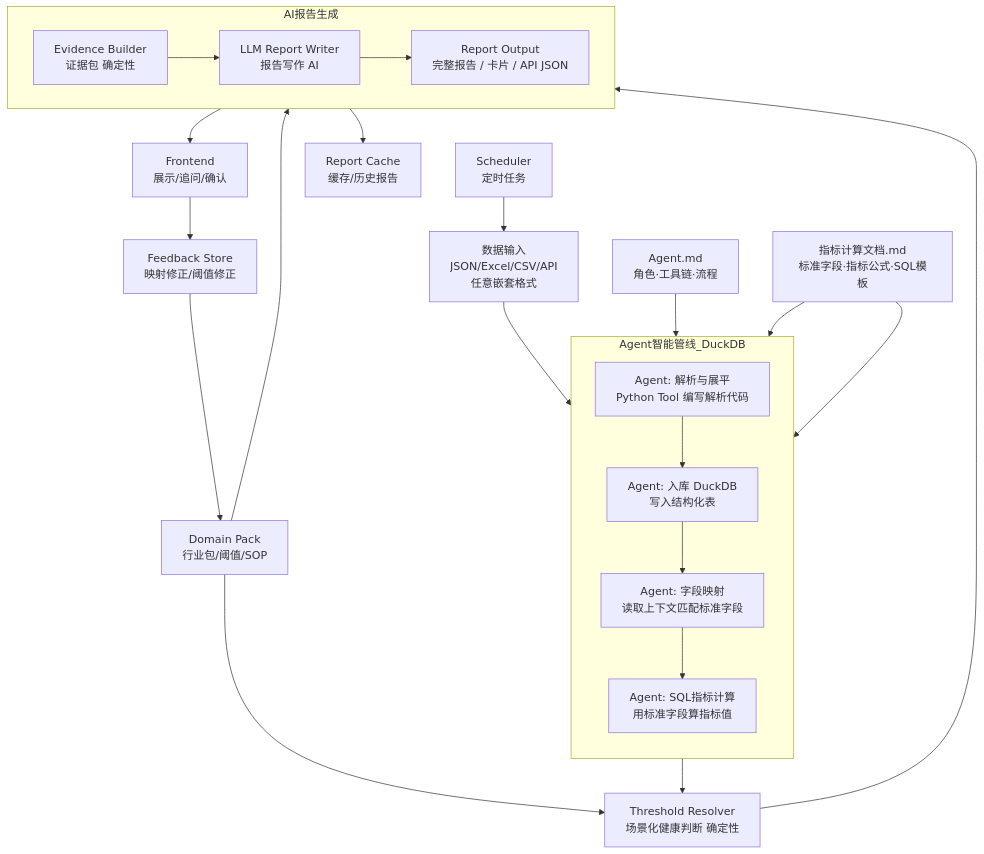
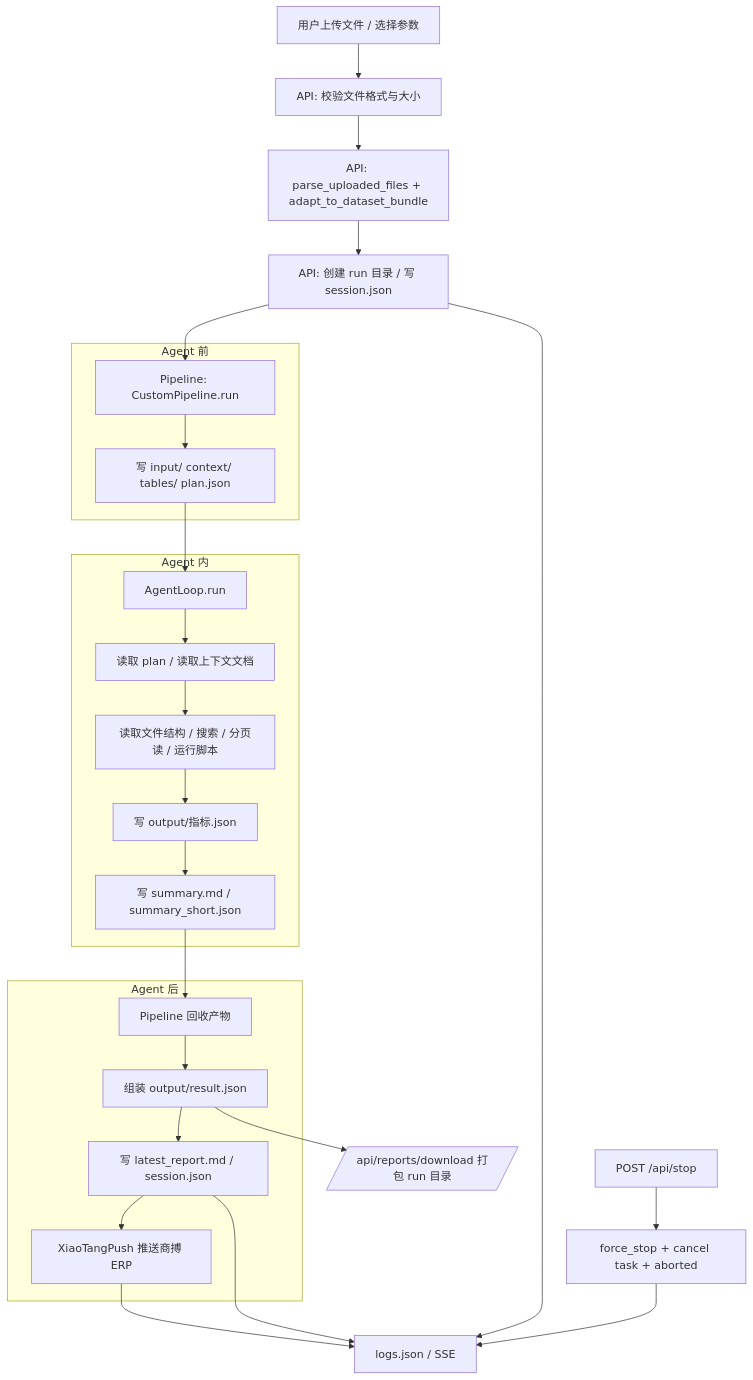
The diagram in docs/经营分析/架构设计.md (FuLuTang/AI-Store-Analysis-System), drawn with Mermaid before and after one commit. The commit also changed other lines of this file and 4 other files, not shown here.

````diff
--- a/docs/经营分析/架构设计.md
+++ b/docs/经营分析/架构设计.md
@@ -5,34 +5,33 @@
 ```mermaid
 flowchart TD
-    A[数据输入<br/>JSON/Excel/CSV/API<br/>任意嵌套格式] --> B[Agent: 解析与展平<br/>Python Tool 编写解析代码]
+    A[用户上传文件 / 选择参数] --> B[API: 校验文件格式与大小]
+    B --> C[API: parse_uploaded_files + adapt_to_dataset_bundle]
+    C --> D[API: 创建 run 目录 / 写 session.json]
+    D --> E[Pipeline: CustomPipeline.run]
 
-    subgraph Agent智能管线_DuckDB
-        direction TB
-        B --> C[Agent: 入库 DuckDB<br/>写入结构化表]
-        C --> D[Agent: 字段映射<br/>读取上下文匹配标准字段]
-        D --> E[Agent: SQL指标计算<br/>用标准字段算指标值]
+    subgraph P1[Agent 前]
+        E --> E1[写 input/ context/ tables/ plan.json]
     end
 
-    F1[Agent.md<br/>角色·工具链·流程] --> B
-    F2[指标计算文档.md<br/>标准字段·指标公式·SQL模板] --> D
-    F2 --> E
-
-    E --> G[Threshold Resolver<br/>场景化健康判断 确定性]
-    G --> H[Evidence Builder<br/>证据包 确定性]
-
-    subgraph AI报告生成
-        direction LR
-        H --> I[LLM Report Writer<br/>报告写作 AI]
-        I --> J[Report Output<br/>完整报告 / 卡片 / API JSON]
+    subgraph P2[Agent 内]
+        E1 --> F[AgentLoop.run]
+        F --> G[读取 plan / 读取上下文文档]
+        G --> H[读取文件结构 / 搜索 / 分页读 / 运行脚本]
+        H --> I[写 output/指标.json]
+        I --> J[写 summary.md / summary_short.json]
     end
 
-    K[Domain Pack<br/>行业包/阈值/SOP] --> G
-    K --> I
+    subgraph P3[Agent 后]
+        J --> K[Pipeline 回收产物]
+        K --> L[组装 output/result.json]
+        L --> M[写 latest_report.md / session.json]
+        M --> N[XiaoTangPush 推送商搏 ERP]
+    end
 
-    J --> L[Frontend<br/>展示/追问/确认]
-    L --> M[Feedback Store<br/>映射修正/阈值修正]
-    M --> K
-
-    N[Scheduler<br/>定时任务] --> A
-    J --> O[Report Cache<br/>缓存/历史报告]
+    N --> O[logs.json / SSE]
+    M --> O
+    D --> O
+    Q[POST /api/stop] --> R[force_stop + cancel task + aborted]
+    R --> O
+    L --> S[/api/reports/download 打包 run 目录/]
 ```
````
